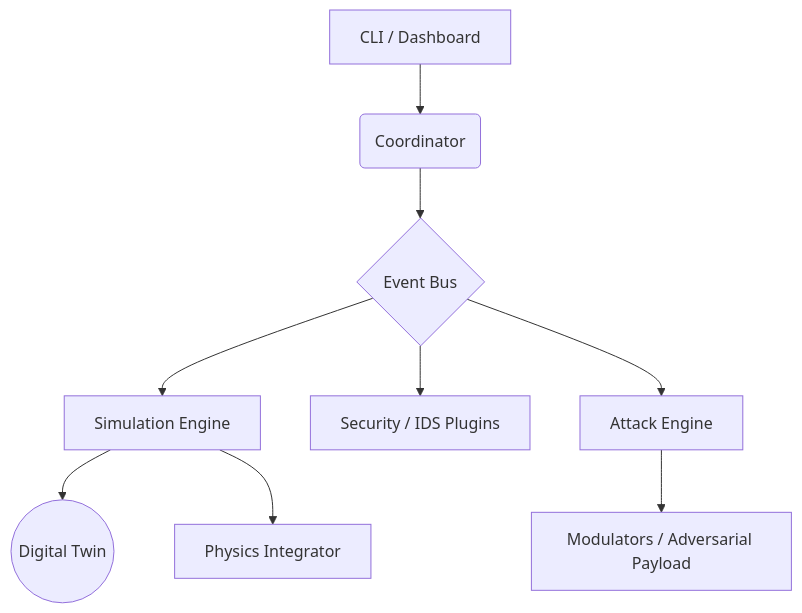
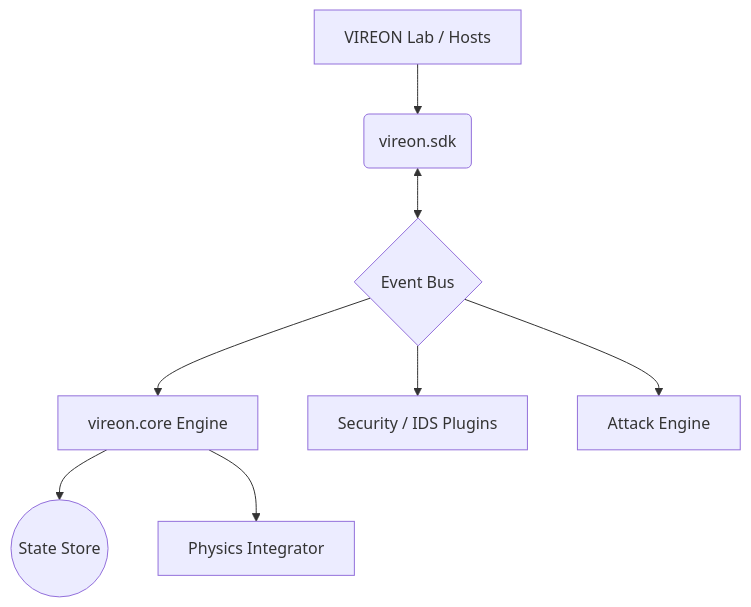
One commit to SaadiMalik1/vireon-lab changed the diagram in README.md. Above: the diagram before and after it, drawn with Mermaid. The commit also changed other lines of this file and 36 other files, not shown here.

Commit message:
refactor: enforce architectural boundaries and extract SDK

````diff
--- a/README.md
+++ b/README.md
@@ -53,11 +50,10 @@
 ```mermaid
 graph TD
-    A[CLI / Dashboard] --> B(Coordinator)
-    B --> C{Event Bus}
-    C --> D[Simulation Engine]
-    D --> E((Digital Twin))
+    A[VIREON Lab / Hosts] --> B(vireon.sdk)
+    B <--> C{Event Bus}
+    C --> D[vireon.core Engine]
+    D --> E((State Store))
     D --> F[Physics Integrator]
     C --> G[Security / IDS Plugins]
     C --> H[Attack Engine]
-    H --> I[Modulators / Adversarial Payload]
 ```
````
